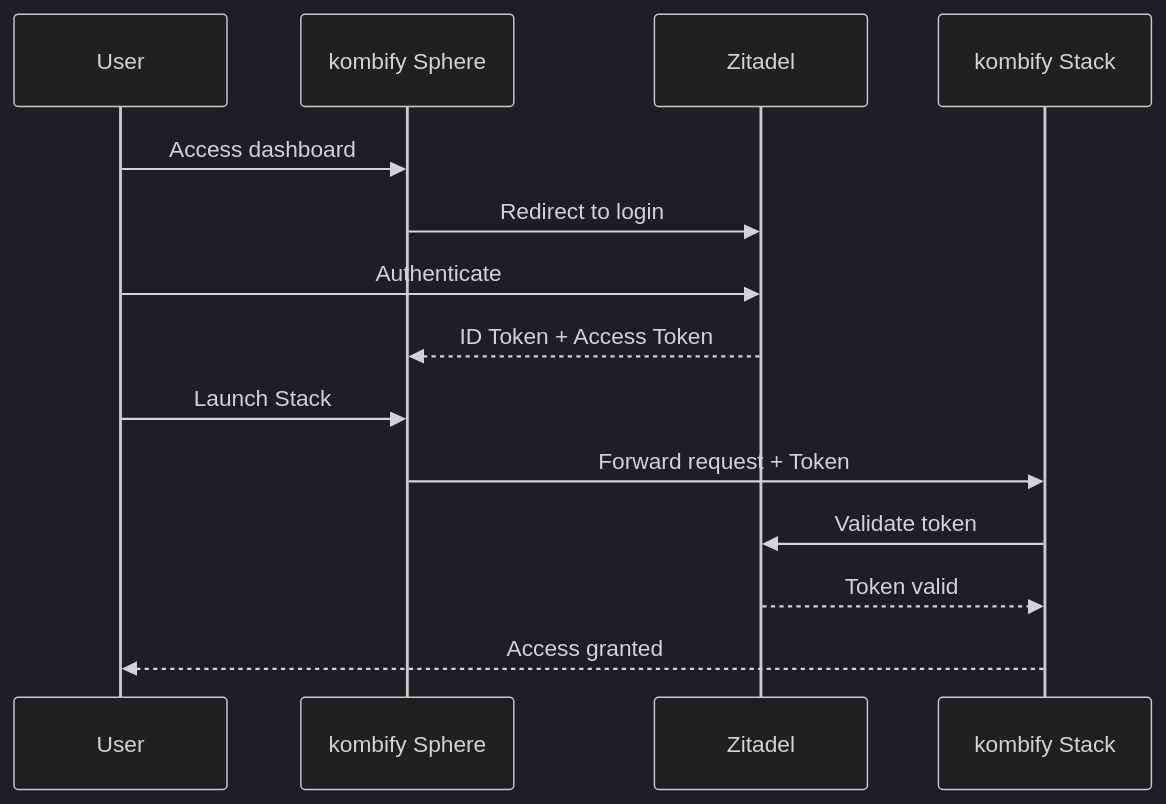
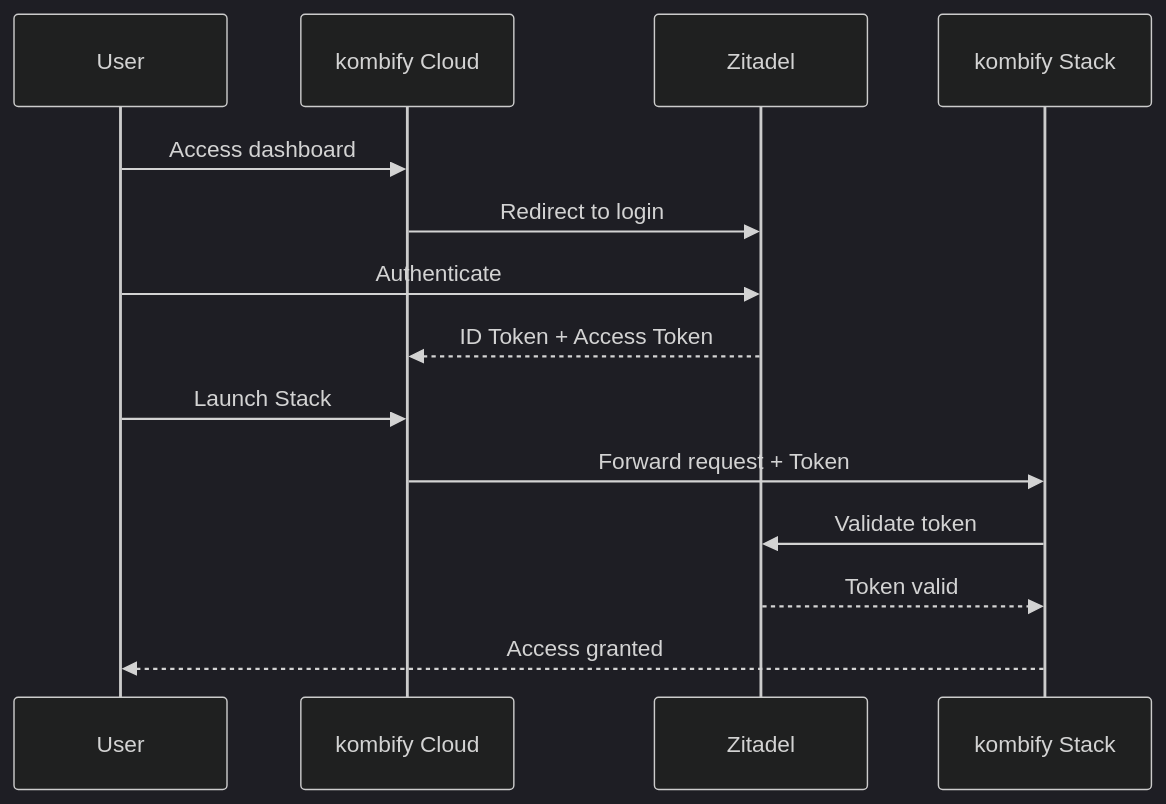
The ninth of 9 diagrams in concepts/architecture.mdx (KombiverseLabs/docs), drawn with Mermaid (dark theme) before and after one commit. The commit also changed other lines of this file and 114 other files, not shown here.

Commit message:
refactor: rename Sphere to Cloud, update base-homelab scope, remove dup headers

````diff
--- a/concepts/architecture.mdx
+++ b/concepts/architecture.mdx
@@ -342,18 +342,18 @@
 ```mermaid
 sequenceDiagram
     participant User
-    participant Sphere as kombify Sphere
+    participant Cloud as kombify Cloud
     participant Zitadel
     participant Stack as kombify Stack
 
-    User->>Sphere: Access dashboard
-    Sphere->>Zitadel: Redirect to login
+    User->>Cloud: Access dashboard
+    Cloud->>Zitadel: Redirect to login
     User->>Zitadel: Authenticate
-    Zitadel-->>Sphere: ID Token + Access Token
+    Zitadel-->>Cloud: ID Token + Access Token
     
-    User->>Sphere: Launch Stack
-    Sphere->>Stack: Forward request + Token
+    User->>Cloud: Launch Stack
+    Cloud->>Stack: Forward request + Token
     Stack->>Zitadel: Validate token
     Zitadel-->>Stack: Token valid
     Stack-->>User: Access granted
 ```
````
